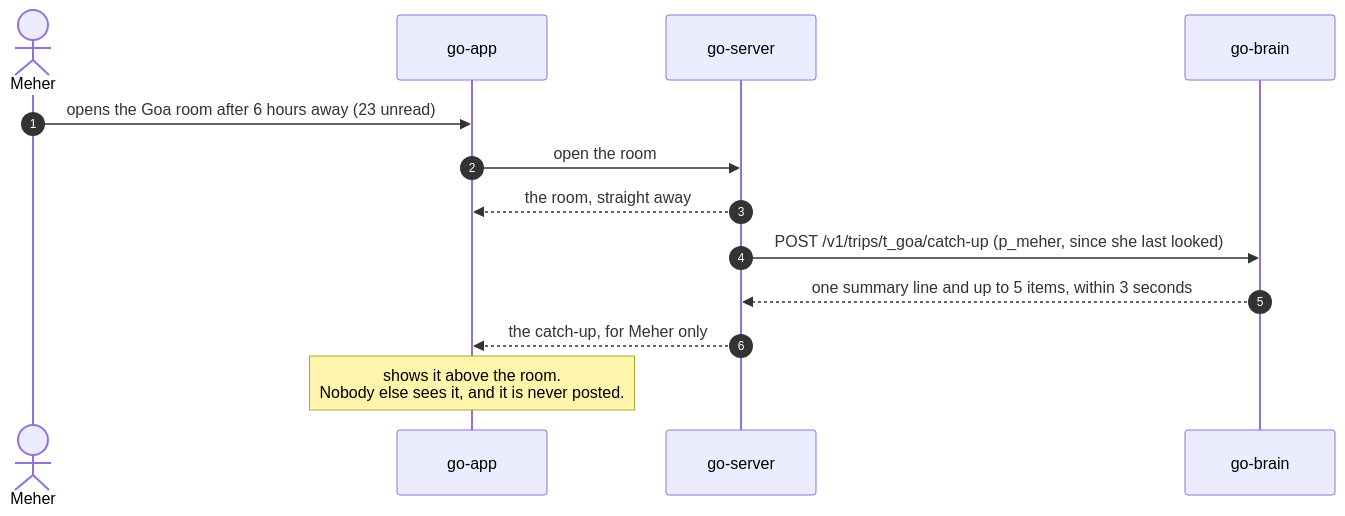
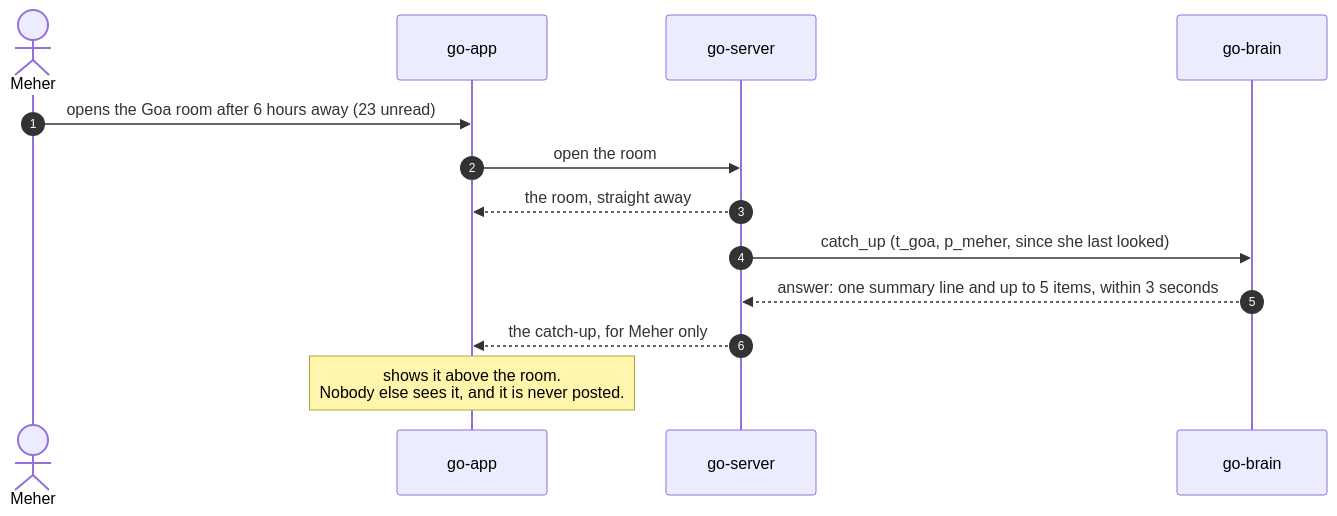
The sixth of 8 diagrams in docs/guide/09-flows.md (vestra-ai/go-brain), drawn with Mermaid before and after one commit. The commit also changed other lines of this file and 23 other files, not shown here.

First line of the commit message:
docs(guide): the guide moves to the brain's one socket, and six contract fixes

````diff
--- a/docs/guide/09-flows.md
+++ b/docs/guide/09-flows.md
@@ -191,15 +202,15 @@
 ```mermaid
 sequenceDiagram
   autonumber
   actor Meher
   participant app as go-app
   participant server as go-server
   participant brain as go-brain
   Meher->>app: opens the Goa room after 6 hours away (23 unread)
   app->>server: open the room
   server-->>app: the room, straight away
-  server->>brain: POST /v1/trips/t_goa/catch-up (p_meher, since she last looked)
-  brain-->>server: one summary line and up to 5 items, within 3 seconds
+  server->>brain: catch_up (t_goa, p_meher, since she last looked)
+  brain-->>server: answer: one summary line and up to 5 items, within 3 seconds
   server-->>app: the catch-up, for Meher only
   Note over app: shows it above the room.<br/>Nobody else sees it, and it is never posted.
 ```
````
